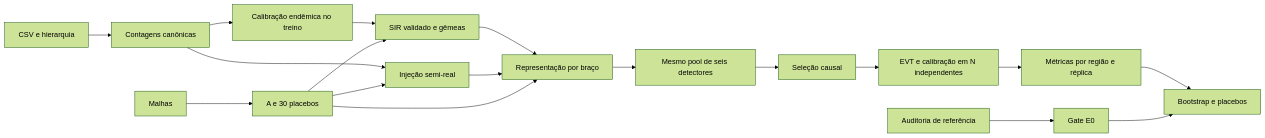
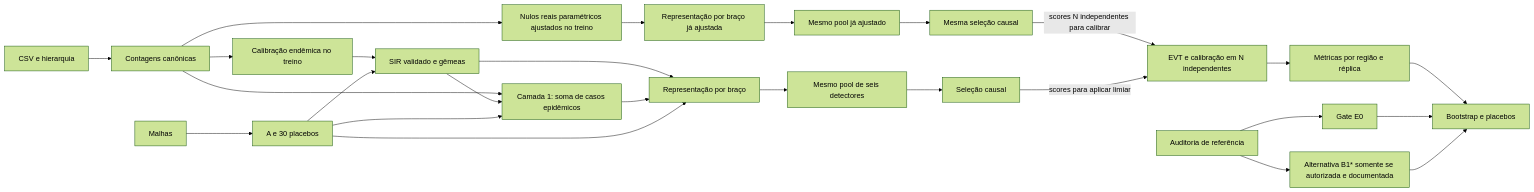
One commit to viniciusnvcosta/net-sci-epi changed the diagram in docs/superpowers/specs/2026-09-26-headd-l0-architecture.md. Above: the diagram before and after it, drawn with Mermaid (forest theme). The commit also changed other lines of this file and 6 other files, not shown here.

````diff
--- a/docs/superpowers/specs/2026-09-26-headd-l0-architecture.md
+++ b/docs/superpowers/specs/2026-09-26-headd-l0-architecture.md
@@ -96,20 +97,28 @@
 ```mermaid
 flowchart LR
   CSV[CSV e hierarquia] --> COUNT[Contagens canônicas]
   GEO[Malhas] --> A[A e 30 placebos]
   COUNT --> CAL[Calibração endêmica no treino]
   CAL --> SIM[SIR validado e gêmeas]
   A --> SIM
-  COUNT --> INJ[Injeção semi-real]
+  COUNT --> INJ[Camada 1: soma de casos epidêmicos]
+  SIM --> INJ
   A --> INJ
+  COUNT --> NULL[Nulos reais paramétricos ajustados no treino]
+  NULL --> NREP[Representação por braço já ajustada]
+  NREP --> NPOOL[Mesmo pool já ajustado]
+  NPOOL --> NSEL[Mesma seleção causal]
+  NSEL -->|scores N independentes para calibrar| FAR
   SIM --> REP[Representação por braço]
   INJ --> REP
   A --> REP
   REP --> POOL[Mesmo pool de seis detectores]
   POOL --> SEL[Seleção causal]
-  SEL --> FAR[EVT e calibração em N independentes]
+  SEL -->|scores para aplicar limiar| FAR[EVT e calibração em N independentes]
   FAR --> EVAL[Métricas por região e réplica]
   EVAL --> STAT[Bootstrap e placebos]
   G0[Auditoria de referência] --> E0[Gate E0]
   E0 --> STAT
+  G0 --> ROUTE[Alternativa B1* somente se autorizada e documentada]
+  ROUTE --> STAT
 ```
````
